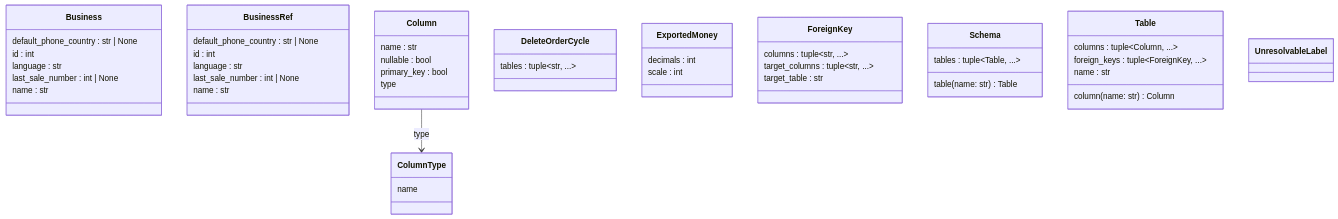
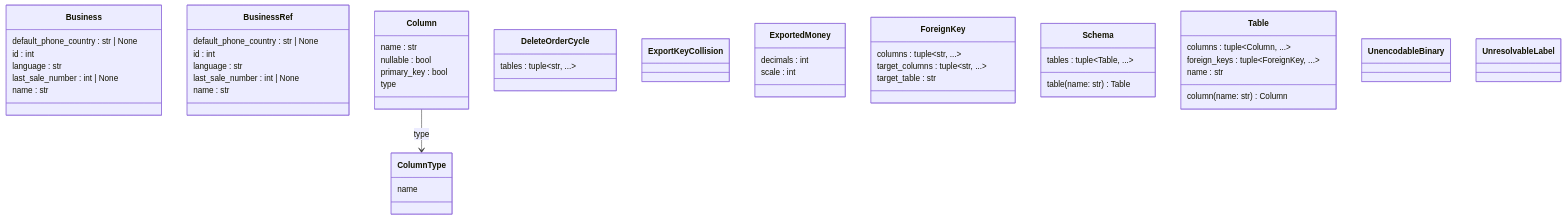
One commit to GonzaloZevallos/apostrophe changed the fourth of 6 diagrams in docs/architecture/generated/classes/business_removal.md. Above: the diagram before and after it, drawn with Mermaid. The commit also changed other lines of this file, not shown here.

Commit message:
chore(docs): regenerate [skip ci]

````diff
--- a/docs/architecture/generated/classes/business_removal.md
+++ b/docs/architecture/generated/classes/business_removal.md
@@ -89,51 +89,55 @@
 ```mermaid
 classDiagram
   class Business {
     default_phone_country : str #124; None
     id : int
     language : str
     last_sale_number : int #124; None
     name : str
   }
   class BusinessRef {
     default_phone_country : str #124; None
     id : int
     language : str
     last_sale_number : int #124; None
     name : str
   }
   class Column {
     name : str
     nullable : bool
     primary_key : bool
     type
   }
   class ColumnType {
     name
   }
   class DeleteOrderCycle {
     tables : tuple~str, ...~
   }
+  class ExportKeyCollision {
+  }
   class ExportedMoney {
     decimals : int
     scale : int
   }
   class ForeignKey {
     columns : tuple~str, ...~
     target_columns : tuple~str, ...~
     target_table : str
   }
   class Schema {
     tables : tuple~Table, ...~
     table(name: str) Table
   }
   class Table {
     columns : tuple~Column, ...~
     foreign_keys : tuple~ForeignKey, ...~
     name : str
     column(name: str) Column
   }
+  class UnencodableBinary {
+  }
   class UnresolvableLabel {
   }
   Column --> ColumnType : type
 ```
````
